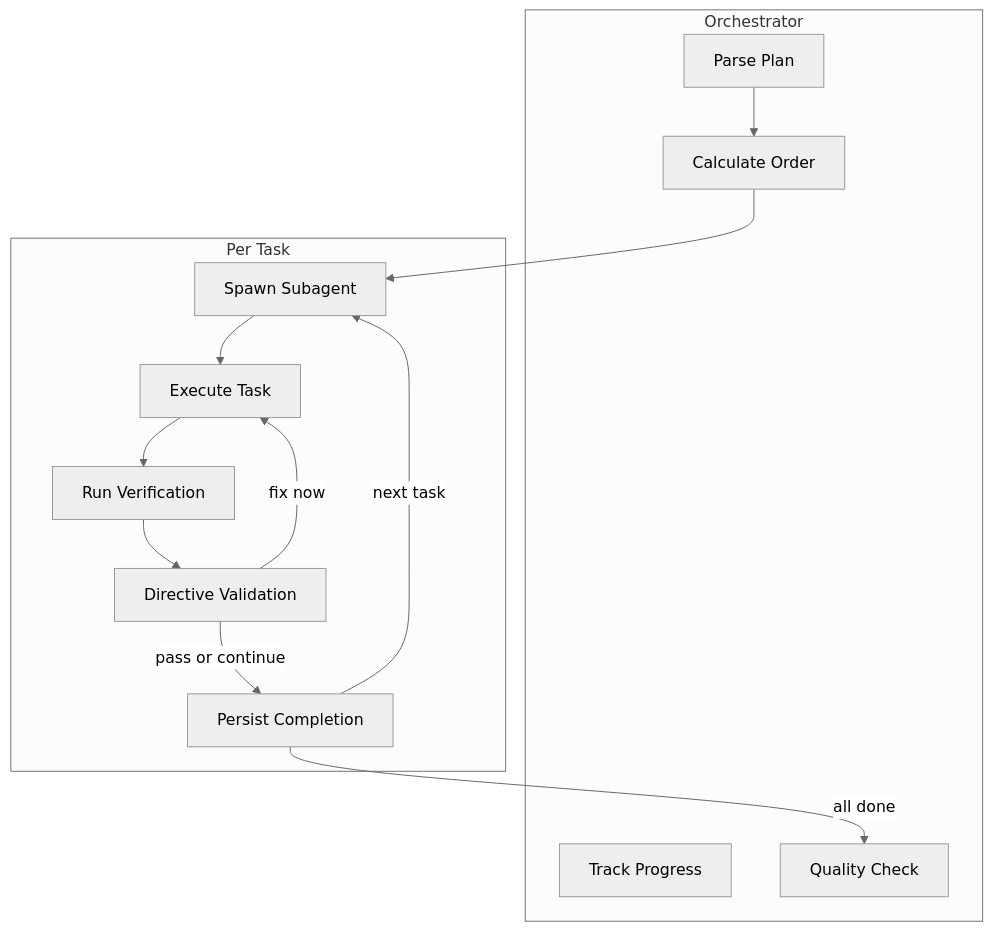
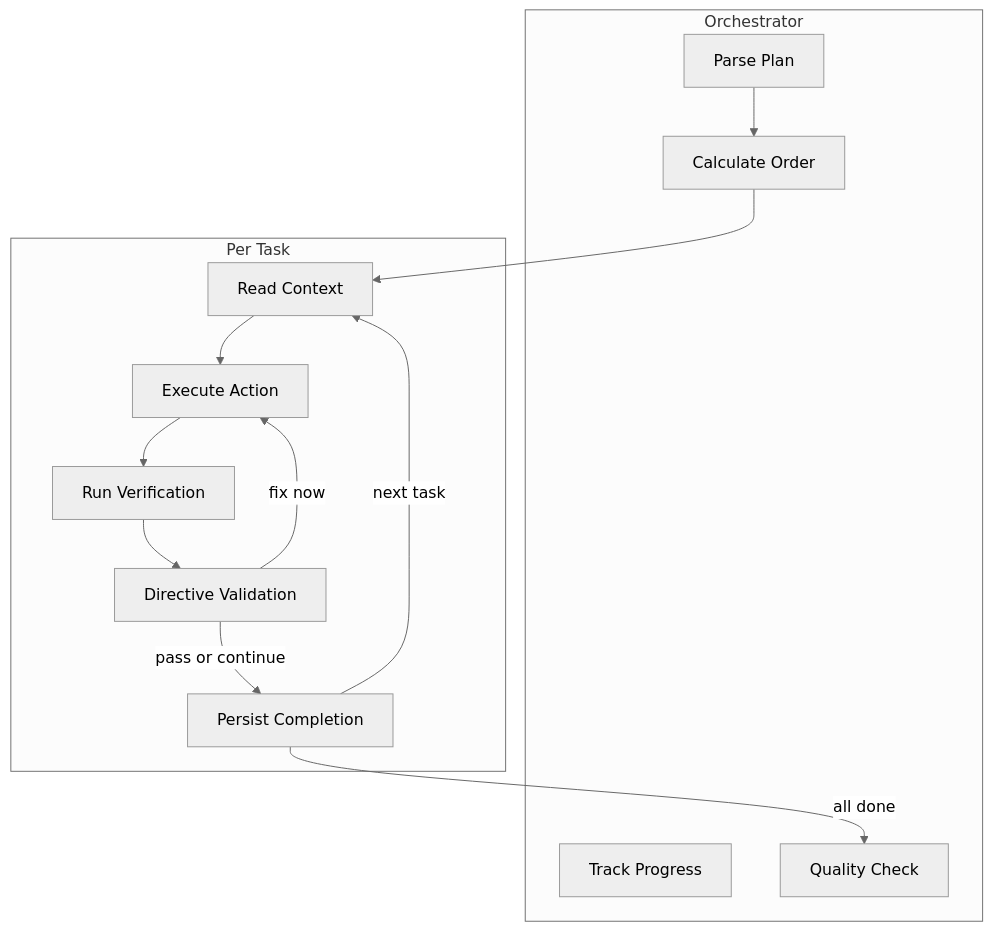
One commit to mattfletcher94/festinalente changed the diagram in .festinalente/product/skills/implement.md. Above: the diagram before and after it, drawn with Mermaid (neutral theme). The commit also changed other lines of this file, not shown here.

````diff
--- a/.festinalente/product/skills/implement.md
+++ b/.festinalente/product/skills/implement.md
@@ -29,27 +29,27 @@
 ```mermaid
 flowchart TB
     subgraph "Orchestrator"
         Parse[Parse Plan]
         Order[Calculate Order]
         Track[Track Progress]
         Quality[Quality Check]
     end
 
     subgraph "Per Task"
-        Spawn[Spawn Subagent]
-        Execute[Execute Task]
+        ReadCtx[Read Context]
+        Execute[Execute Action]
         Verify[Run Verification]
         DirVal[Directive Validation]
         Persist[Persist Completion]
     end
 
     Parse --> Order
-    Order --> Spawn
-    Spawn --> Execute
+    Order --> ReadCtx
+    ReadCtx --> Execute
     Execute --> Verify
     Verify --> DirVal
     DirVal --> |pass or continue| Persist
     DirVal --> |fix now| Execute
-    Persist --> |next task| Spawn
+    Persist --> |next task| ReadCtx
     Persist --> |all done| Quality
 ```
````
